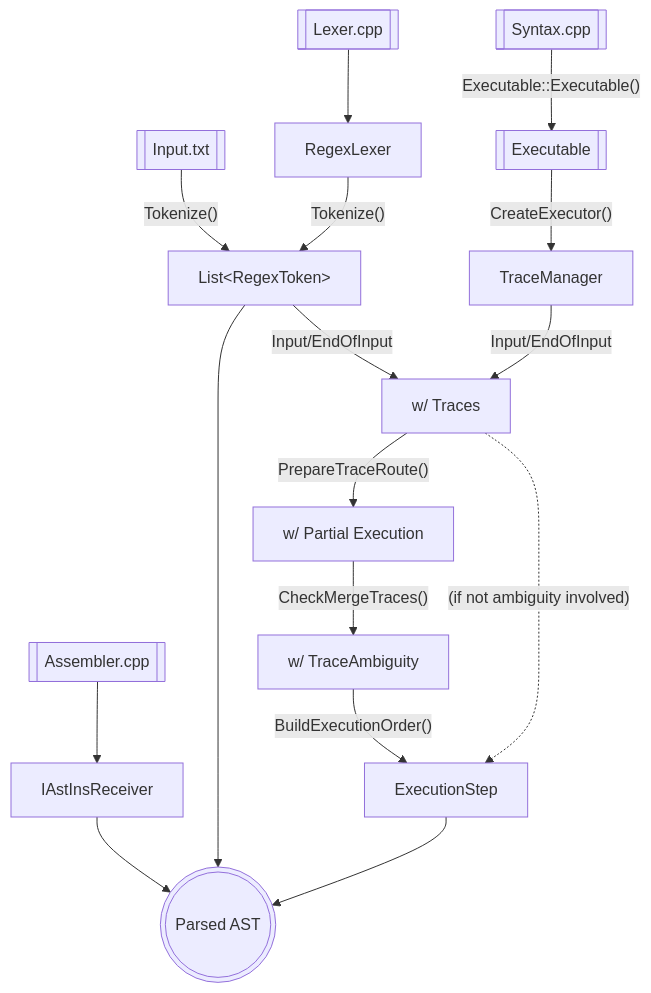
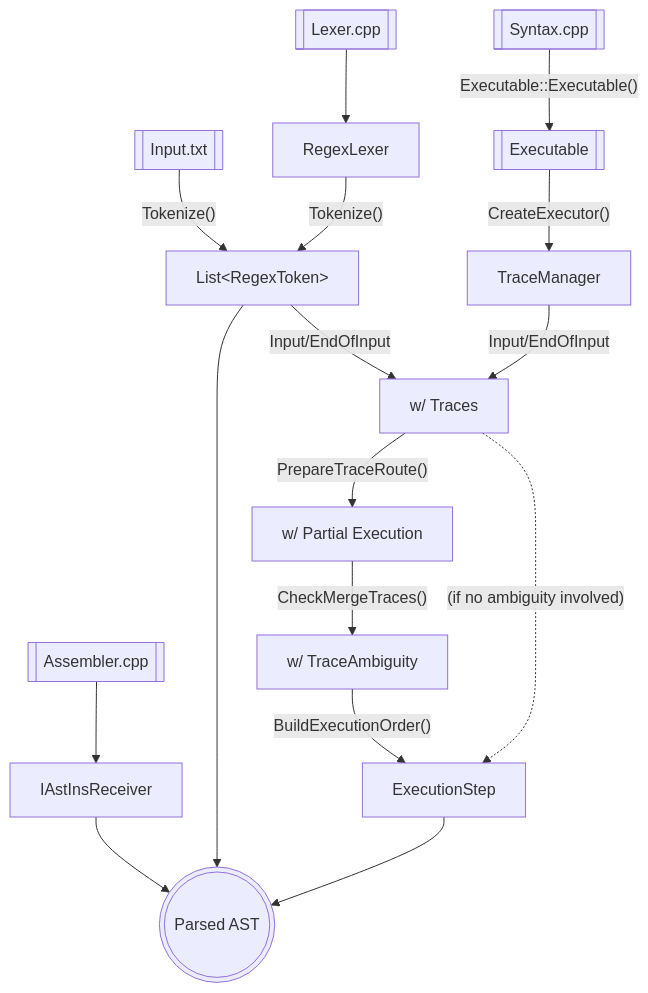
One commit to vczh-websites/vczh changed diagram 29 of 29 in Blog/GLR-Refactoring/Mermaid.md. Above: the diagram before and after it, drawn with Mermaid.

````diff
--- a/Blog/GLR-Refactoring/Mermaid.md
+++ b/Blog/GLR-Refactoring/Mermaid.md
@@ -675,14 +675,14 @@
 ```mermaid
 graph TD
   LEXER_GEN_FILE_2[["Lexer.cpp"]] --> LEXER[RegexLexer]
   INPUT[[Input.txt]] & LEXER -- Tokenize() --> TOKENS[List#lt;RegexToken#gt;]
   SYNTAX_GEN_FILE_2[["Syntax.cpp"]] -- Executable::Executable() --> EXECUTABLE[[Executable]]
   EXECUTABLE -- CreateExecutor() --> TRACE_MGR[TraceManager]
   TOKENS & TRACE_MGR -- Input/EndOfInput --> TRACE_MGR2[w/ Traces]
   TRACE_MGR2 -- PrepareTraceRoute() --> TRACE_MGR3[w/ Partial Execution]
   TRACE_MGR3 -- CheckMergeTraces() --> TRACE_MGR4[w/ TraceAmbiguity]
   TRACE_MGR4 -- BuildExecutionOrder() --> STEPS[ExecutionStep]
-  TRACE_MGR2 -. (if not ambiguity involved) .-> STEPS
+  TRACE_MGR2 -. (if no ambiguity involved) .-> STEPS
   AST_GEN_FILE_2[["Assembler.cpp"]] --> RECEIVER[IAstInsReceiver]
   RECEIVER & TOKENS & STEPS --> AST(((Parsed AST)))
 ```
````
